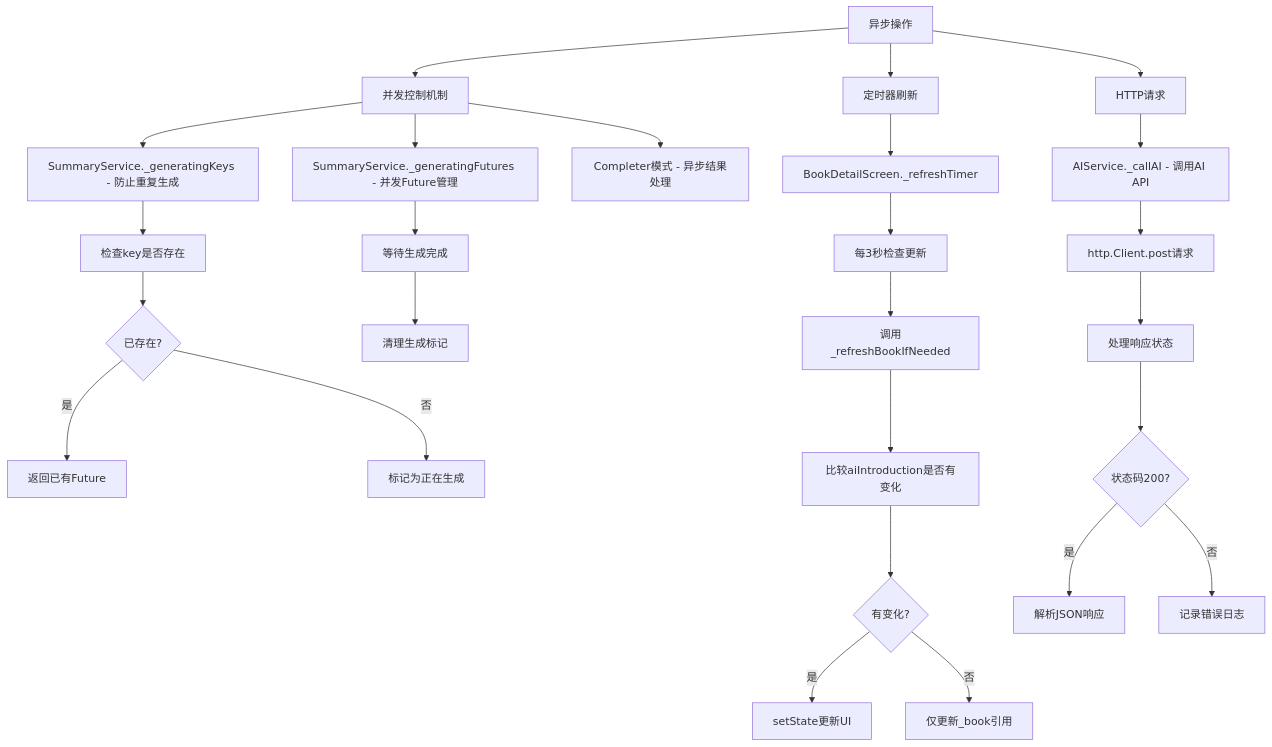
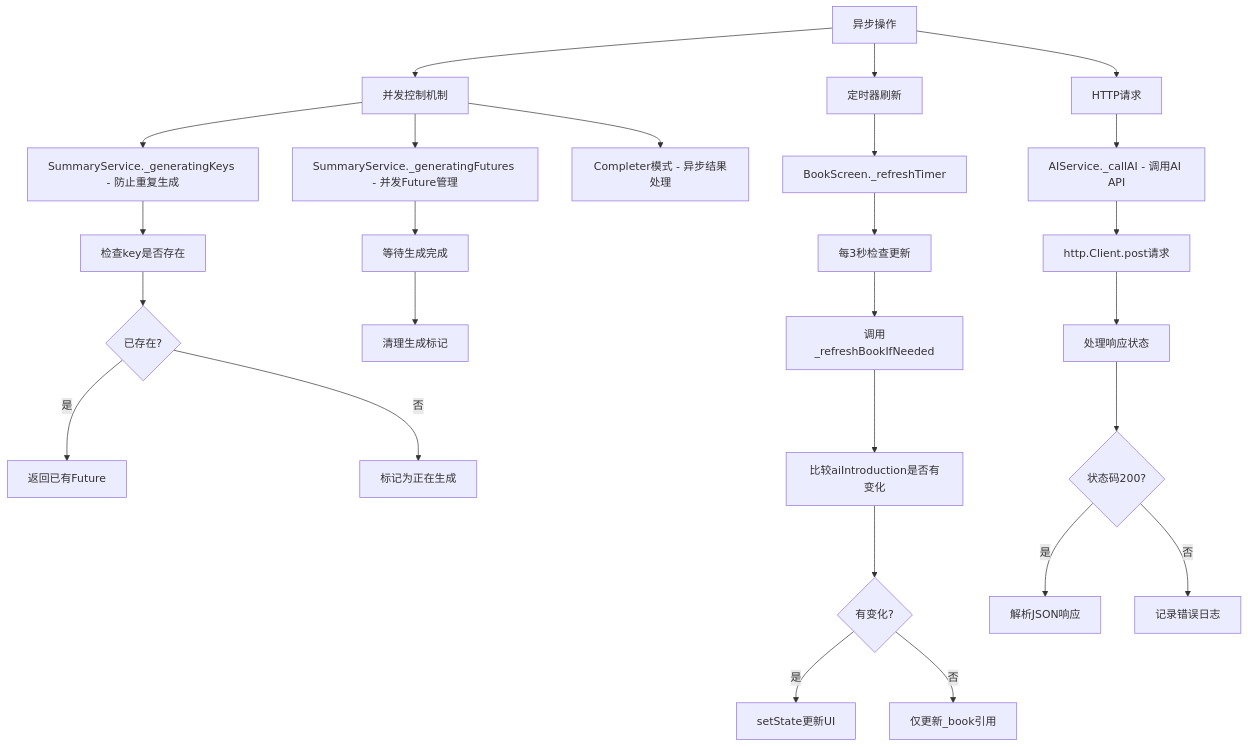
The eighth of 14 diagrams in docs/function_call_relationships.md (jjzhang2000/zhidu), drawn with Mermaid before and after one commit. The commit also changed other lines of this file and 30 other files, not shown here.

First line of the commit message:
refactor: 重命名 SummaryScreen 为 ChapterScreen，BookDetailScreen 为 BookScreen

````diff
--- a/docs/function_call_relationships.md
+++ b/docs/function_call_relationships.md
@@ -282,33 +282,33 @@
 ```mermaid
 graph TD
     A[异步操作] --> B[并发控制机制]
     A --> C[定时器刷新]
     A --> D[HTTP请求]
     
     B --> E[SummaryService._generatingKeys - 防止重复生成]
     B --> F[SummaryService._generatingFutures - 并发Future管理]
     B --> G[Completer模式 - 异步结果处理]
     
     E --> H[检查key是否存在]
     H --> I{已存在?}
     I -->|是| J[返回已有Future]
     I -->|否| K[标记为正在生成]
     
     F --> L[等待生成完成]
     L --> M[清理生成标记]
     
-    C --> N[BookDetailScreen._refreshTimer]
+    C --> N[BookScreen._refreshTimer]
     N --> O[每3秒检查更新]
     O --> P[调用_refreshBookIfNeeded]
     P --> Q[比较aiIntroduction是否有变化]
     Q --> R{有变化?}
     R -->|是| S[setState更新UI]
     R -->|否| T[仅更新_book引用]
     
     D --> U[AIService._callAI - 调用AI API]
     U --> V[http.Client.post请求]
     V --> W[处理响应状态]
     W --> X{状态码200?}
     X -->|是| Y[解析JSON响应]
     X -->|否| Z[记录错误日志]
 ```
````
